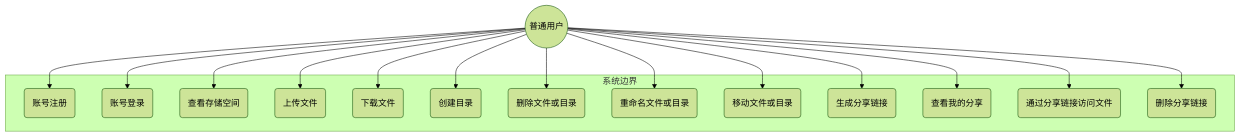
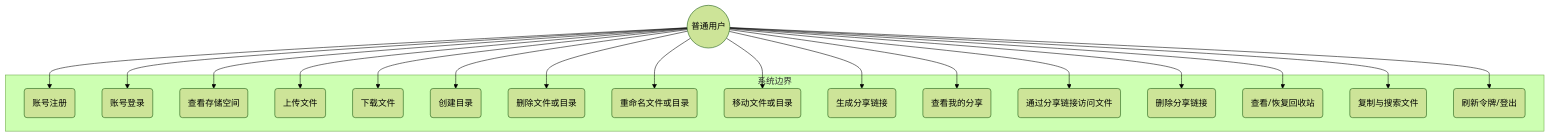
One commit to yizhinailong/disk changed the first of 11 diagrams in docs/lunwen/基于Drogon的网络磁盘系统的设计与实现_毕业论文.md. Above: the diagram before and after it, drawn with Mermaid (forest theme). The commit also changed other lines of this file, not shown here.

````diff
--- a/docs/lunwen/基于Drogon的网络磁盘系统的设计与实现_毕业论文.md
+++ b/docs/lunwen/基于Drogon的网络磁盘系统的设计与实现_毕业论文.md
@@ -153,32 +153,38 @@
 ```mermaid
 graph TB
     subgraph 系统边界
         UC1(账号注册)
         UC2(账号登录)
         UC3(查看存储空间)
         UC4(上传文件)
         UC5(下载文件)
         UC6(创建目录)
         UC7(删除文件或目录)
         UC8(重命名文件或目录)
         UC9(移动文件或目录)
         UC10(生成分享链接)
         UC11(查看我的分享)
         UC12(通过分享链接访问文件)
         UC13(删除分享链接)
+        UC14(查看/恢复回收站)
+        UC15(复制与搜索文件)
+        UC16(刷新令牌/登出)
     end
     User((普通用户))
     User --> UC1
     User --> UC2
     User --> UC3
     User --> UC4
     User --> UC5
     User --> UC6
     User --> UC7
     User --> UC8
     User --> UC9
     User --> UC10
     User --> UC11
     User --> UC12
     User --> UC13
+    User --> UC14
+    User --> UC15
+    User --> UC16
 ```
````
